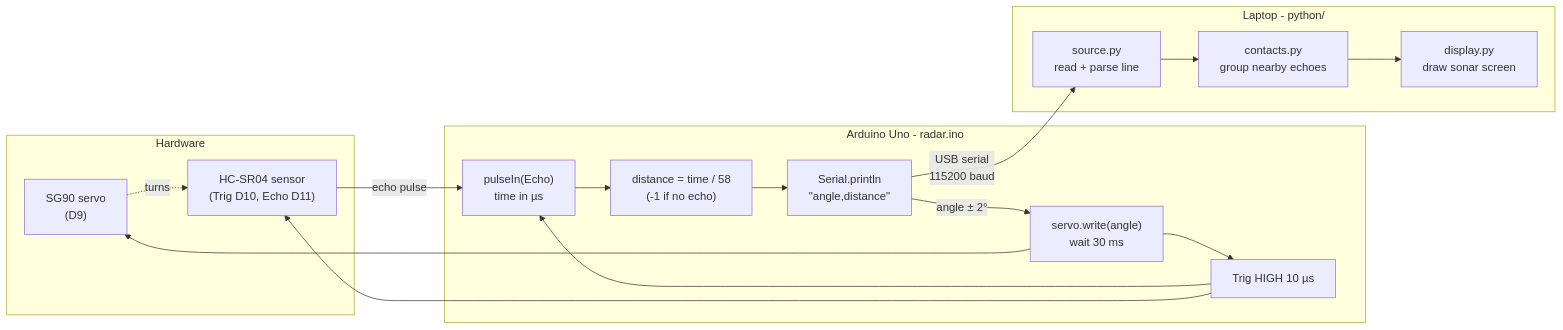
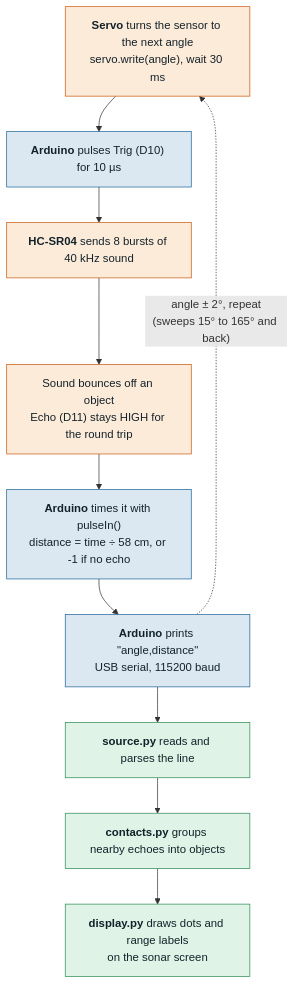
One commit to Liamg626/arduino-radar changed the first of 2 diagrams in docs/how-it-works.md. Above: the diagram before and after it, drawn with Mermaid. The commit also changed other lines of this file and 2 other files, not shown here.

Commit message:
Add standalone .mmd diagrams and simplify the system flowchart
Mermaid viewers parse a whole file as one diagram, so the .md file failed
with UnknownDiagramError. Each diagram now also lives in docs/diagrams/.
The flowchart is a single chain coloured by hardware / Arduino / laptop
instead of crossing subgraph wires.

````diff
--- a/docs/how-it-works.md
+++ b/docs/how-it-works.md
@@ -5,30 +9,22 @@
 ```mermaid
-flowchart LR
-    subgraph Hardware
-        Servo["SG90 servo<br/>(D9)"]
-        Sensor["HC-SR04 sensor<br/>(Trig D10, Echo D11)"]
-        Servo -. turns .-> Sensor
-    end
+flowchart TB
+    Move["<b>Servo</b> turns the sensor to the next angle<br/>servo.write(angle), wait 30 ms"]
+    Ping["<b>Arduino</b> pulses Trig (D10) for 10 µs"]
+    Sound["<b>HC-SR04</b> sends 8 bursts of 40 kHz sound"]
+    Echo["Sound bounces off an object<br/>Echo (D11) stays HIGH for the round trip"]
+    Calc["<b>Arduino</b> times it with pulseIn()<br/>distance = time ÷ 58 cm, or -1 if no echo"]
+    Send["<b>Arduino</b> prints #quot;angle,distance#quot;<br/>USB serial, 115200 baud"]
+    Parse["<b>source.py</b> reads and parses the line"]
+    Group["<b>contacts.py</b> groups nearby echoes into objects"]
+    Draw["<b>display.py</b> draws dots and range labels<br/>on the sonar screen"]
 
-    subgraph Uno["Arduino Uno - radar.ino"]
-        Move["servo.write(angle)<br/>wait 30 ms"]
-        Ping["Trig HIGH 10 µs"]
-        Time["pulseIn(Echo)<br/>time in µs"]
-        Calc["distance = time / 58<br/>(-1 if no echo)"]
-        Send["Serial.println<br/>&quot;angle,distance&quot;"]
-        Move --> Ping --> Time --> Calc --> Send
-        Send -- "angle ± 2°" --> Move
-    end
+    Move --> Ping --> Sound --> Echo --> Calc --> Send --> Parse --> Group --> Draw
+    Send -. "angle ± 2°, repeat<br/>(sweeps 15° to 165° and back)" .-> Move
 
-    subgraph PC["Laptop - python/"]
-        Source["source.py<br/>read + parse line"]
-        Contacts["contacts.py<br/>group nearby echoes"]
-        Display["display.py<br/>draw sonar screen"]
-        Source --> Contacts --> Display
-    end
-
-    Move --> Servo
-    Ping --> Sensor
-    Sensor -- "echo pulse" --> Time
-    Send -- "USB serial<br/>115200 baud" --> Source
+    classDef hardware fill:#fdebd9,stroke:#c8580f,color:#13222a
+    classDef arduino fill:#dbe8f2,stroke:#1f6496,color:#13222a
+    classDef laptop fill:#dff3e6,stroke:#2f8a55,color:#13222a
+    class Move,Sound,Echo hardware
+    class Ping,Calc,Send arduino
+    class Parse,Group,Draw laptop
 ```
````
